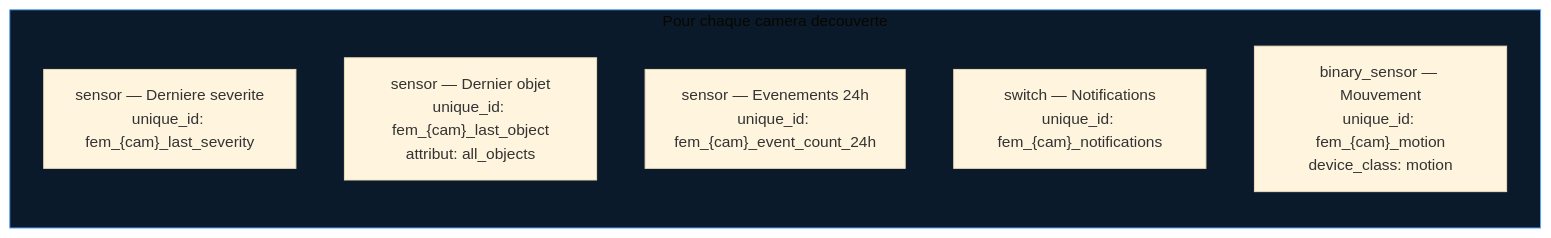
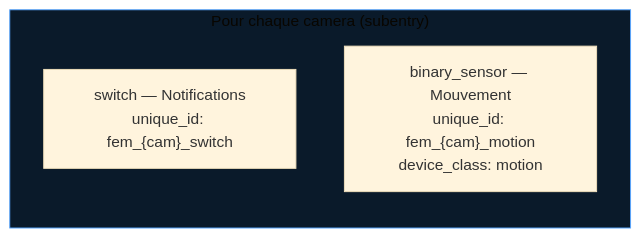
One commit to trowaflo/frigate-event-manager changed the third of 4 diagrams in docs/architecture.md. Above: the diagram before and after it, drawn with Mermaid (base theme). The commit also changed other lines of this file and 10 other files, not shown here.

````diff
--- a/docs/architecture.md
+++ b/docs/architecture.md
@@ -157,12 +162,9 @@
 ```mermaid
 graph LR
-    subgraph camera["Pour chaque camera decouverte"]
-        A["sensor — Derniere severite\nunique_id: fem_{cam}_last_severity"]
-        B["sensor — Dernier objet\nunique_id: fem_{cam}_last_object\nattribut: all_objects"]
-        C["sensor — Evenements 24h\nunique_id: fem_{cam}_event_count_24h"]
-        D["switch — Notifications\nunique_id: fem_{cam}_notifications"]
+    subgraph camera["Pour chaque camera (subentry)"]
+        D["switch — Notifications\nunique_id: fem_{cam}_switch"]
         E["binary_sensor — Mouvement\nunique_id: fem_{cam}_motion\ndevice_class: motion"]
     end
 
     style camera fill:#0a1a2a,stroke:#58a6ff
 ```
````
